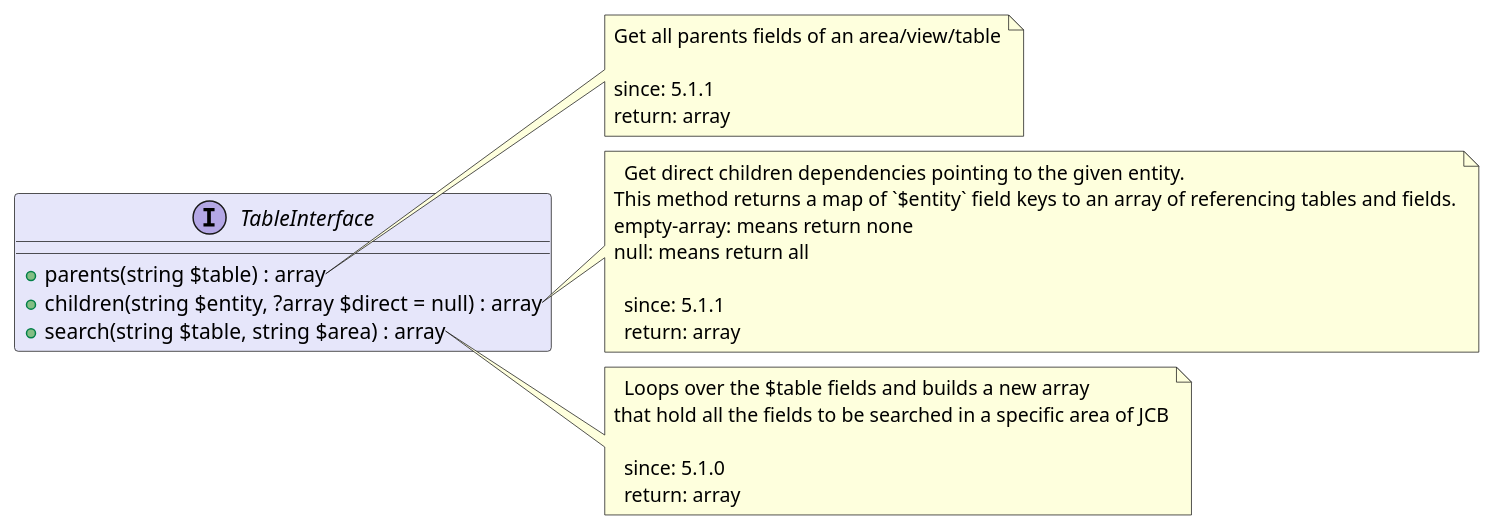
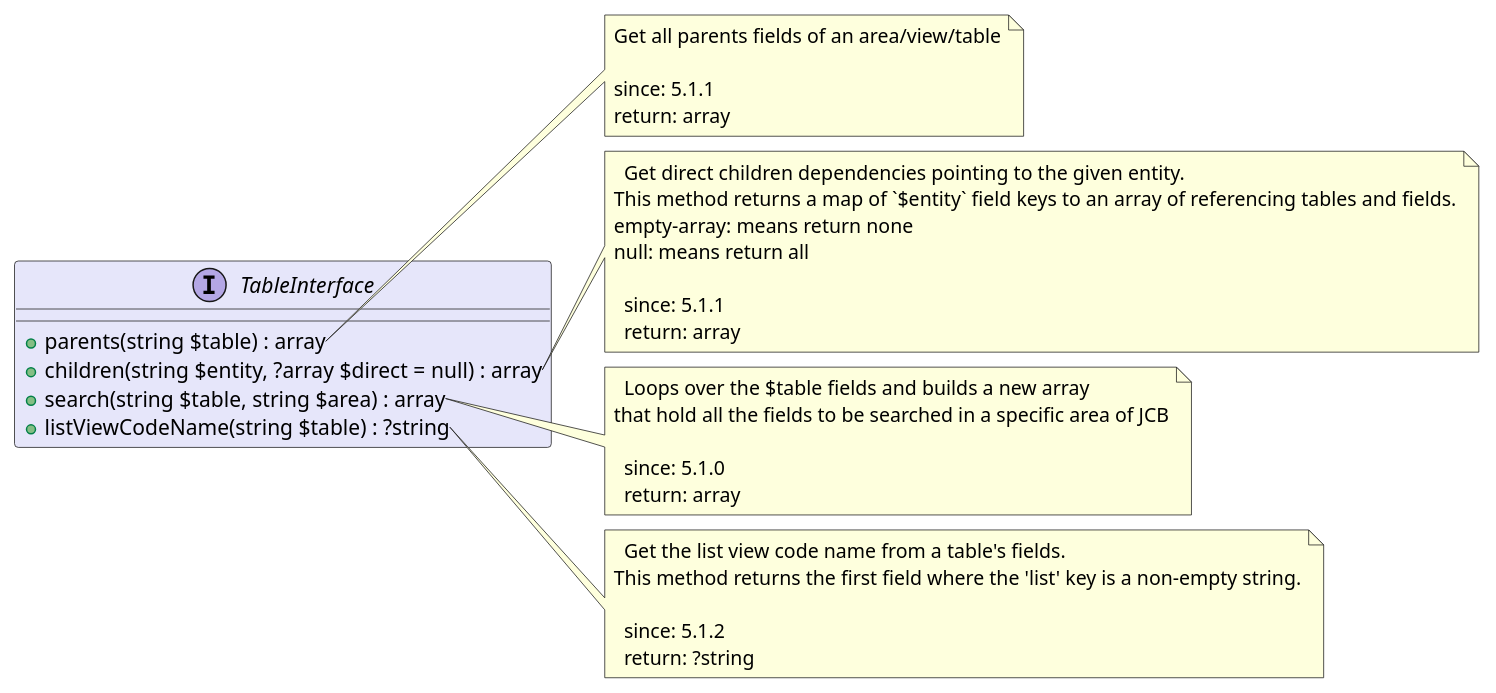
One commit to joomengine/jcb-packager changed the diagram in src/1a977217-0bb6-44e9-a201-6b4f8478e5b1/README.md. Above: the diagram before and after it, drawn with PlantUML. The commit also changed 149 other files, not shown here.

````diff
--- a/src/1a977217-0bb6-44e9-a201-6b4f8478e5b1/README.md
+++ b/src/1a977217-0bb6-44e9-a201-6b4f8478e5b1/README.md
@@ -6,36 +6,45 @@
 ```uml
 @startuml
 
 interface TableInterface  #Lavender {
   + parents(string $table) : array
   + children(string $entity, ?array $direct = null) : array
   + search(string $table, string $area) : array
+  + listViewCodeName(string $table) : ?string
 }
 
 note right of TableInterface::parents
   Get all parents fields of an area/view/table
 
   since: 5.1.1
   return: array
 end note
 
 note right of TableInterface::children
   Get direct children dependencies pointing to the given entity.
 This method returns a map of `$entity` field keys to an array of referencing tables and fields.
 empty-array: means return none
 null: means return all
 
   since: 5.1.1
   return: array
 end note
 
 note right of TableInterface::search
   Loops over the $table fields and builds a new array
 that hold all the fields to be searched in a specific area of JCB
 
   since: 5.1.0
   return: array
 end note
 
+note right of TableInterface::listViewCodeName
+  Get the list view code name from a table's fields.
+This method returns the first field where the 'list' key is a non-empty string.
+
+  since: 5.1.2
+  return: ?string
+end note
+
 @enduml
 ```
````
